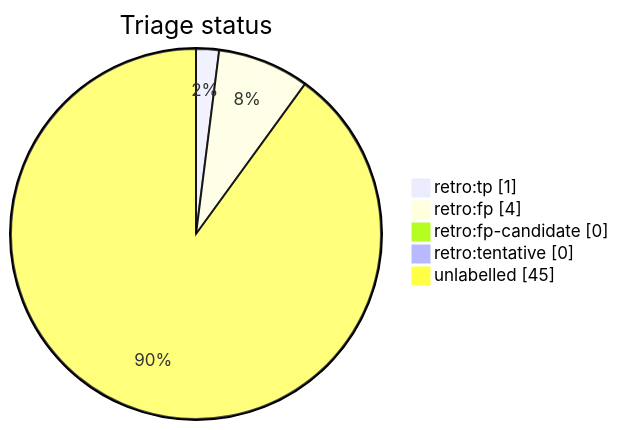
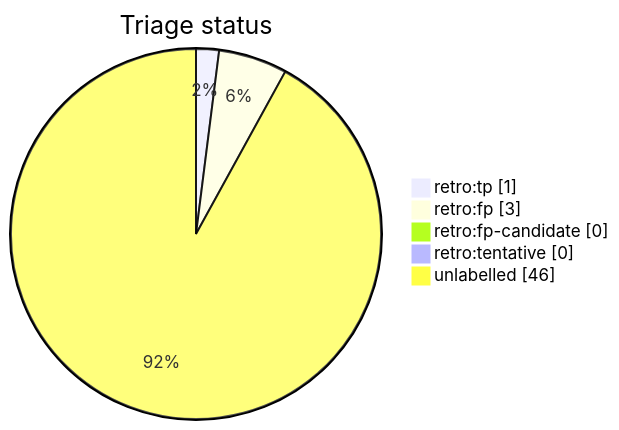
One commit to tvna/claude-md changed the diagram in docs/generated/scripts/auto-retro-triage-report.md. Above: the diagram before and after it, drawn with Mermaid. The commit also changed other lines of this file, not shown here.

First line of the commit message:
chore(auto-retro): refresh triage report

````diff
--- a/docs/generated/scripts/auto-retro-triage-report.md
+++ b/docs/generated/scripts/auto-retro-triage-report.md
@@ -15,9 +15,9 @@
 ```mermaid
 pie showData
     title Triage status
     "retro:tp" : 1
-    "retro:fp" : 4
+    "retro:fp" : 3
     "retro:fp-candidate" : 0
     "retro:tentative" : 0
-    "unlabelled" : 45
+    "unlabelled" : 46
 ```
````
